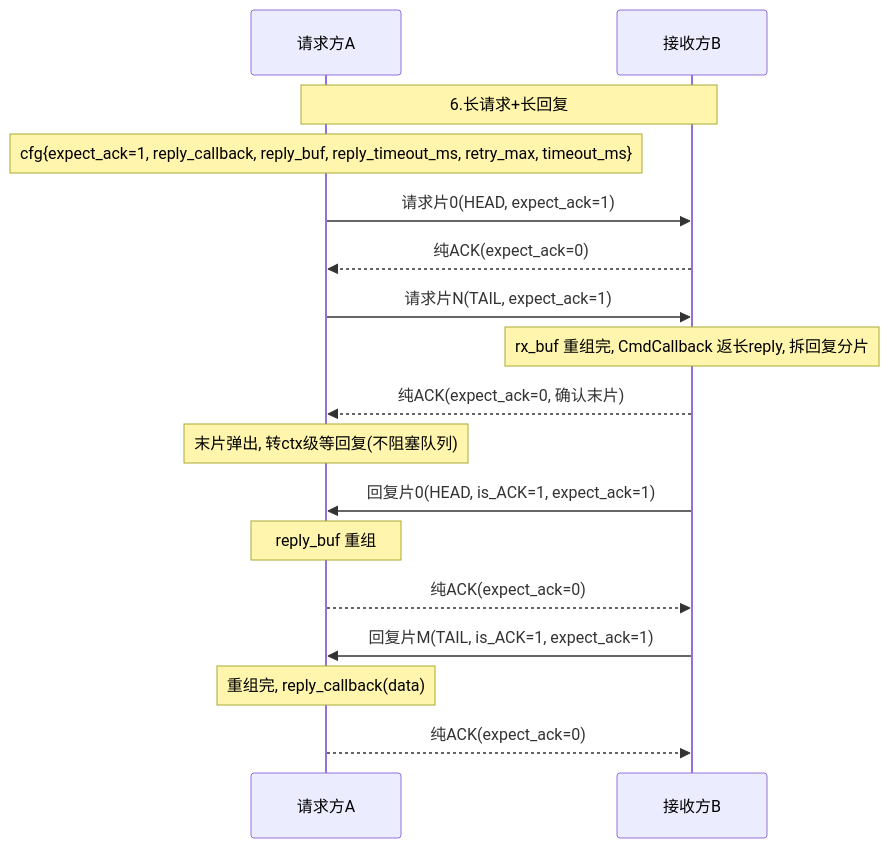
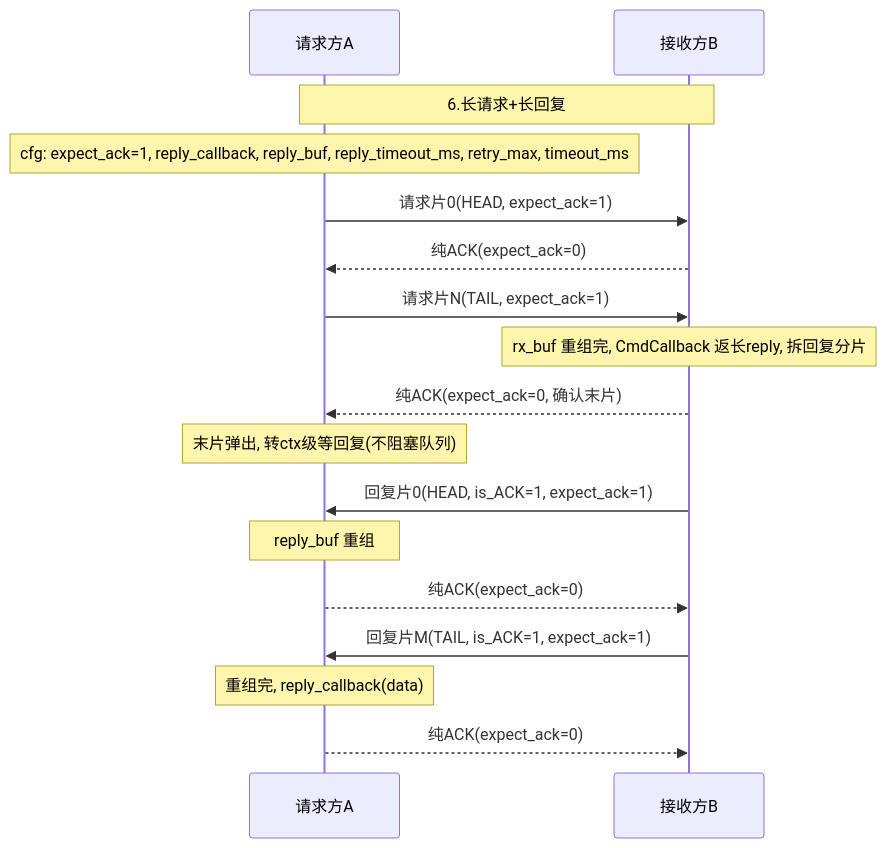
The sixth of 14 diagrams in 工作/项目/代码/260401S3分拣面板-SIA-R9000P.md (Siaiai/ObsidianNote), drawn with Mermaid before and after one commit. The commit also changed other lines of this file and 1 other file, not shown here.

````diff
--- a/工作/项目/代码/260401S3分拣面板-SIA-R9000P.md
+++ b/工作/项目/代码/260401S3分拣面板-SIA-R9000P.md
@@ -176,19 +176,19 @@
 ```mermaid
 sequenceDiagram
     participant A as 请求方A
     participant B as 接收方B
     Note over A,B: 6.长请求+长回复
-    Note over A: cfg{expect_ack=1, reply_callback, reply_buf, reply_timeout_ms, retry_max, timeout_ms}
+    Note over A: cfg: expect_ack=1, reply_callback, reply_buf, reply_timeout_ms, retry_max, timeout_ms
     A->>B: 请求片0(HEAD, expect_ack=1)
     B-->>A: 纯ACK(expect_ack=0)
     A->>B: 请求片N(TAIL, expect_ack=1)
     Note over B: rx_buf 重组完, CmdCallback 返长reply, 拆回复分片
     B-->>A: 纯ACK(expect_ack=0, 确认末片)
     Note over A: 末片弹出, 转ctx级等回复(不阻塞队列)
     B->>A: 回复片0(HEAD, is_ACK=1, expect_ack=1)
     Note over A: reply_buf 重组
     A-->>B: 纯ACK(expect_ack=0)
     B->>A: 回复片M(TAIL, is_ACK=1, expect_ack=1)
     Note over A: 重组完, reply_callback(data)
     A-->>B: 纯ACK(expect_ack=0)
 ```
````
